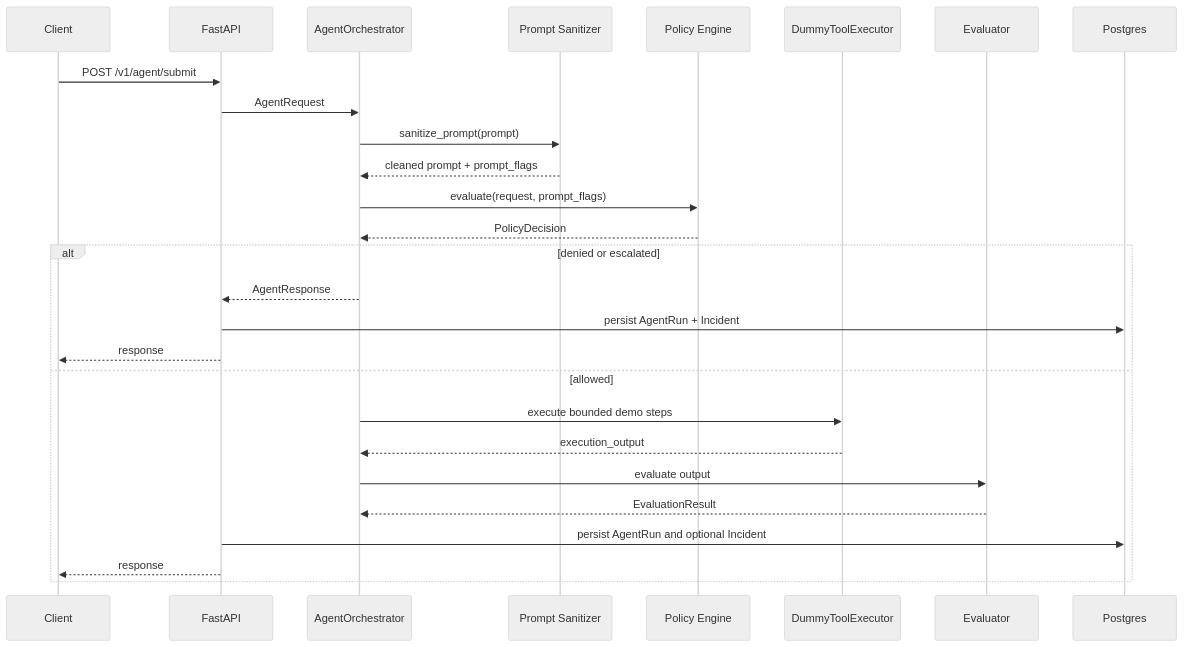
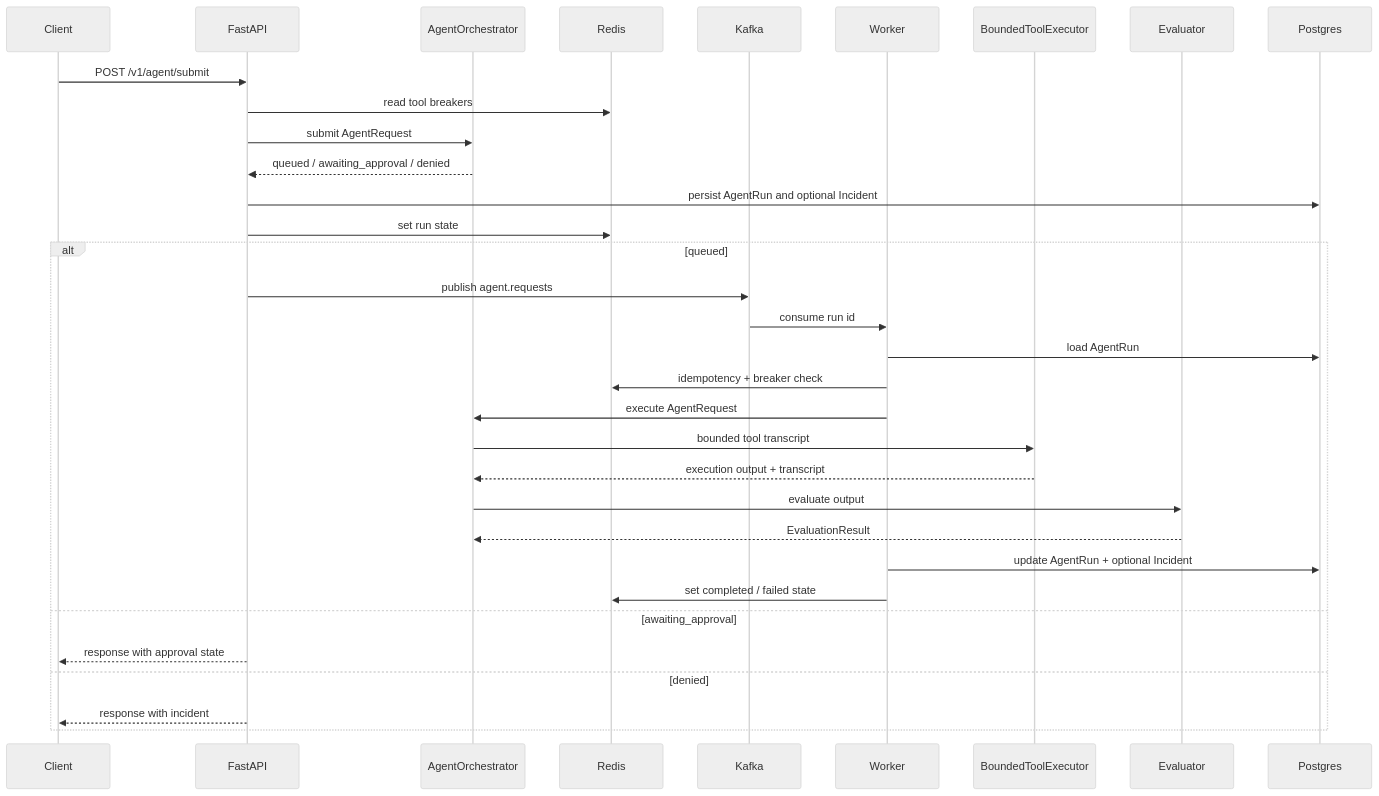
The second of 2 diagrams in docs/architecture.md (leo459028/RewardHacking), drawn with Mermaid (neutral theme) before and after one commit. The commit also changed other lines of this file and 39 other files, not shown here.

````diff
--- a/docs/architecture.md
+++ b/docs/architecture.md
@@ -41,31 +51,37 @@
 ```mermaid
 sequenceDiagram
   participant C as Client
   participant A as FastAPI
   participant O as AgentOrchestrator
-  participant S as Prompt Sanitizer
-  participant P as Policy Engine
-  participant T as DummyToolExecutor
+  participant R as Redis
+  participant K as Kafka
+  participant W as Worker
+  participant T as BoundedToolExecutor
   participant E as Evaluator
   participant D as Postgres
 
   C->>A: POST /v1/agent/submit
-  A->>O: AgentRequest
-  O->>S: sanitize_prompt(prompt)
-  S-->>O: cleaned prompt + prompt_flags
-  O->>P: evaluate(request, prompt_flags)
-  P-->>O: PolicyDecision
+  A->>R: read tool breakers
+  A->>O: submit AgentRequest
+  O-->>A: queued / awaiting_approval / denied
+  A->>D: persist AgentRun and optional Incident
+  A->>R: set run state
 
-  alt denied or escalated
-    O-->>A: AgentResponse
-    A->>D: persist AgentRun + Incident
-    A-->>C: response
-  else allowed
-    O->>T: execute bounded demo steps
-    T-->>O: execution_output
+  alt queued
+    A->>K: publish agent.requests
+    K->>W: consume run id
+    W->>D: load AgentRun
+    W->>R: idempotency + breaker check
+    W->>O: execute AgentRequest
+    O->>T: bounded tool transcript
+    T-->>O: execution output + transcript
     O->>E: evaluate output
     E-->>O: EvaluationResult
-    A->>D: persist AgentRun and optional Incident
-    A-->>C: response
+    W->>D: update AgentRun + optional Incident
+    W->>R: set completed / failed state
+  else awaiting_approval
+    A-->>C: response with approval state
+  else denied
+    A-->>C: response with incident
   end
 ```
````
